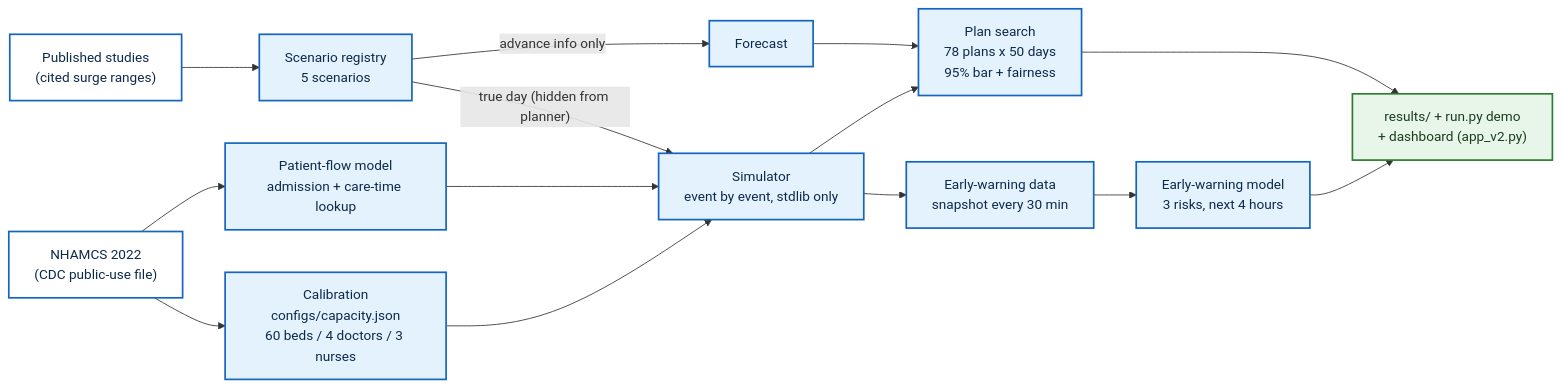
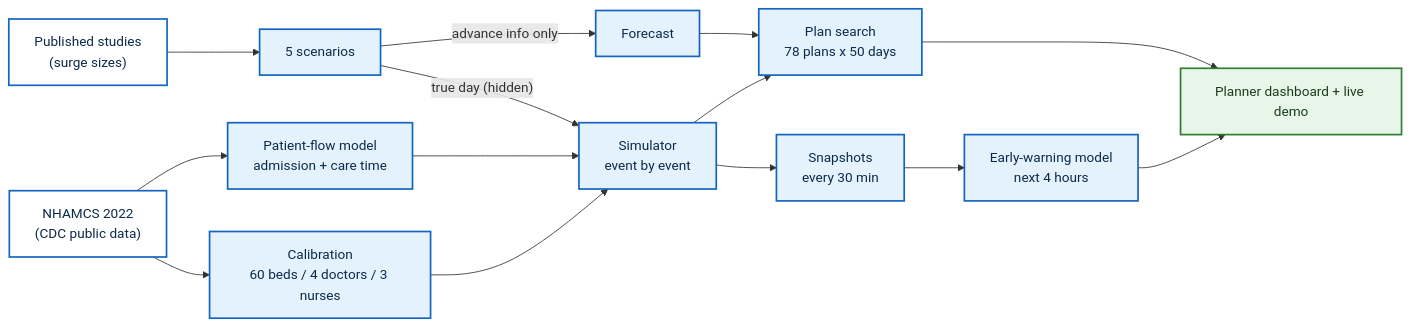
The diagram in README.md (naranll/ed-surge-simulator), drawn with Mermaid before and after one commit. The commit also changed other lines of this file and 1 other file, not shown here.

````diff
--- a/README.md
+++ b/README.md
@@ -162,23 +84,23 @@
 ```mermaid
 flowchart LR
-    A["NHAMCS 2022<br/>(CDC public-use file)"] --> B["Patient-flow model<br/>admission + care-time lookup"]
-    A --> C["Calibration<br/>configs/capacity.json<br/>60 beds / 4 doctors / 3 nurses"]
-    S["Published studies<br/>(cited surge ranges)"] --> R["Scenario registry<br/>5 scenarios"]
-    R -->|"true day (hidden from planner)"| SIM["Simulator<br/>event by event, stdlib only"]
+    A["NHAMCS 2022<br/>(CDC public data)"] --> B["Patient-flow model<br/>admission + care time"]
+    A --> C["Calibration<br/>60 beds / 4 doctors / 3 nurses"]
+    S["Published studies<br/>(surge sizes)"] --> R["5 scenarios"]
+    R -->|"true day (hidden)"| SIM["Simulator<br/>event by event"]
     R -->|"advance info only"| F["Forecast"]
     B --> SIM
     C --> SIM
-    F --> P["Plan search<br/>78 plans x 50 days<br/>95% bar + fairness"]
+    F --> P["Plan search<br/>78 plans x 50 days"]
     SIM --> P
-    SIM --> EW["Early-warning data<br/>snapshot every 30 min"]
-    EW --> M["Early-warning model<br/>3 risks, next 4 hours"]
-    P --> OUT["results/ + run.py demo<br/>+ dashboard (app_v2.py)"]
+    SIM --> EW["Snapshots<br/>every 30 min"]
+    EW --> M["Early-warning model<br/>next 4 hours"]
+    P --> OUT["Planner dashboard + live demo"]
     M --> OUT
 
     classDef data fill:#ffffff,stroke:#1565c0,stroke-width:2px,color:#0d2a4a;
     classDef core fill:#e3f2fd,stroke:#1565c0,stroke-width:2px,color:#0d2a4a;
     classDef out fill:#e8f5e9,stroke:#2e7d32,stroke-width:2px,color:#1b3d1f;
     class A,S data;
     class B,C,R,SIM,F,EW,M,P core;
     class OUT out;
 ```
````
